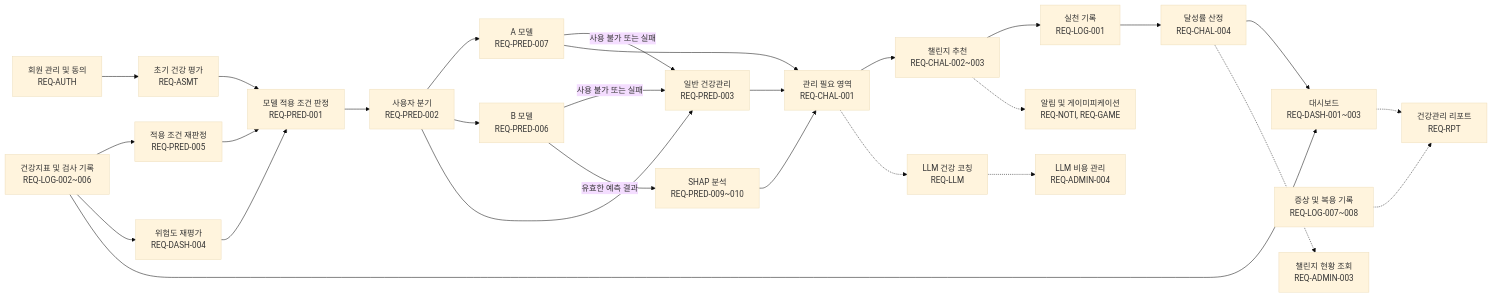
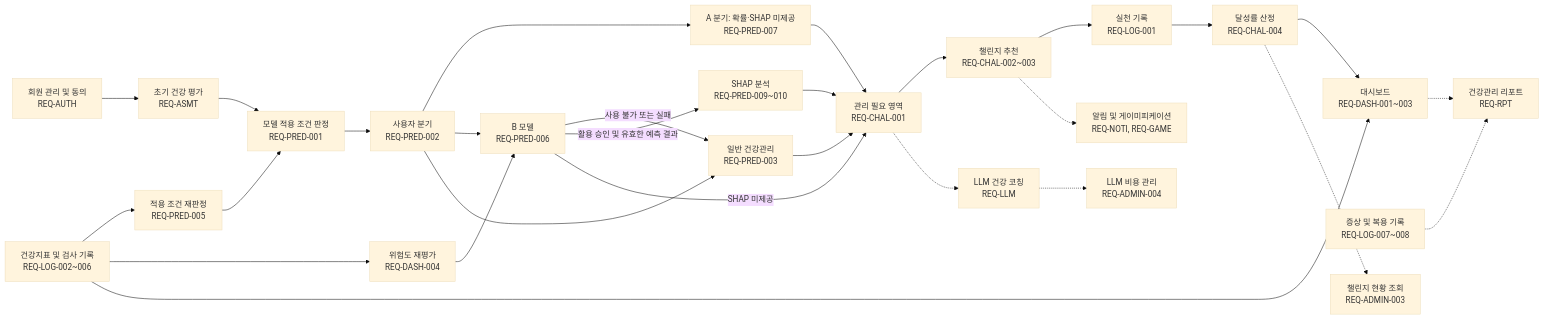
Before and after one commit to AI-HealthCare-07/welloop: the second of 2 diagrams in docs/planning/WELLOOP_요구사항정의서_v2.0.md, drawn with Mermaid (base theme). The commit also changed other lines of this file, not shown here.

````diff
--- a/docs/planning/WELLOOP_요구사항정의서_v2.0.md
+++ b/docs/planning/WELLOOP_요구사항정의서_v2.0.md
@@ -618,41 +606,30 @@
 ```mermaid
 flowchart LR
     AUTH["회원 관리 및 동의<br/>REQ-AUTH"] --> ASMT["초기 건강 평가<br/>REQ-ASMT"]
-
     ASMT --> ELIG["모델 적용 조건 판정<br/>REQ-PRED-001"]
     ELIG --> BRANCH["사용자 분기<br/>REQ-PRED-002"]
-
-    BRANCH --> A["A 모델<br/>REQ-PRED-007"]
+    BRANCH --> A["A 분기: 확률·SHAP 미제공<br/>REQ-PRED-007"]
     BRANCH --> B["B 모델<br/>REQ-PRED-006"]
     BRANCH --> GENERAL["일반 건강관리<br/>REQ-PRED-003"]
-
-    A -->|사용 불가 또는 실패| GENERAL
     B -->|사용 불가 또는 실패| GENERAL
-
-    B -->|유효한 예측 결과| SHAP["SHAP 분석<br/>REQ-PRED-009~010"]
-
-    SHAP --> AREA["관리 필요 영역<br/>REQ-CHAL-001"]
+    B -->|활용 승인 및 유효한 예측 결과| SHAP["SHAP 분석<br/>REQ-PRED-009~010"]
+    SHAP --> AREA
+    B -->|SHAP 미제공| AREA["관리 필요 영역<br/>REQ-CHAL-001"]
     A --> AREA
     GENERAL --> AREA
-
     AREA --> CHAL["챌린지 추천<br/>REQ-CHAL-002~003"]
     CHAL --> LOG1["실천 기록<br/>REQ-LOG-001"]
     LOG1 --> RATE["달성률 산정<br/>REQ-CHAL-004"]
-
     LOG2["건강지표 및 검사 기록<br/>REQ-LOG-002~006"] --> RECHECK["적용 조건 재판정<br/>REQ-PRED-005"]
     RECHECK --> ELIG
-
     LOG2 --> REEVAL["위험도 재평가<br/>REQ-DASH-004"]
-    REEVAL --> ELIG
-
+    REEVAL --> B
     RATE --> DASH["대시보드<br/>REQ-DASH-001~003"]
     LOG2 --> DASH
     LOG3["증상 및 복용 기록<br/>REQ-LOG-007~008"] -.-> REPORT["건강관리 리포트<br/>REQ-RPT"]
     DASH -.-> REPORT
-
     CHAL -.-> NOTI["알림 및 게이미피케이션<br/>REQ-NOTI, REQ-GAME"]
-
     AREA -.-> LLM["LLM 건강 코칭<br/>REQ-LLM"]
     LLM -.-> ADMIN4["LLM 비용 관리<br/>REQ-ADMIN-004"]
     RATE -.-> ADMIN3["챌린지 현황 조회<br/>REQ-ADMIN-003"]
 ```
````
